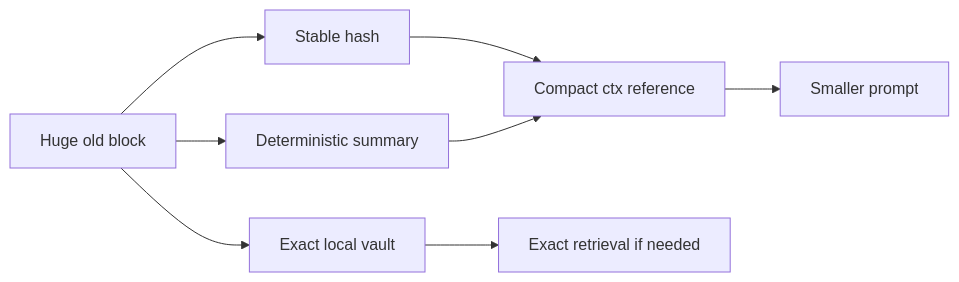
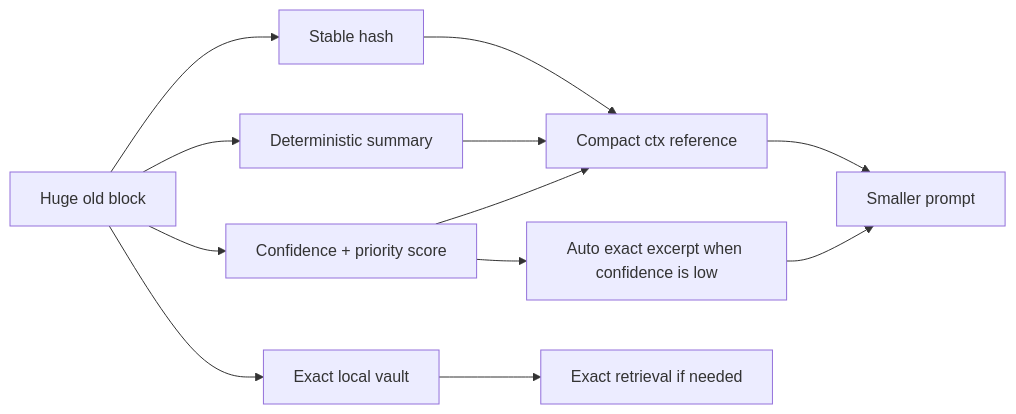
The third of 12 diagrams in HALLUCINATION_MITIGATION.md (icedmoca/neura), drawn with Mermaid before and after one commit. The commit also changed other lines of this file and 4 other files, not shown here.

````diff
--- a/HALLUCINATION_MITIGATION.md
+++ b/HALLUCINATION_MITIGATION.md
@@ -68,10 +68,14 @@
 ```mermaid
 flowchart LR
     Big[Huge old block] --> Hash[Stable hash]
     Big --> Summary[Deterministic summary]
+    Big --> Score[Confidence + priority score]
     Big --> Vault[Exact local vault]
     Hash --> Ctx[Compact ctx reference]
     Summary --> Ctx
+    Score --> Ctx
+    Score --> Auto[Auto exact excerpt when confidence is low]
     Ctx --> Prompt[Smaller prompt]
+    Auto --> Prompt
     Vault --> Rehydrate[Exact retrieval if needed]
 ```
````
